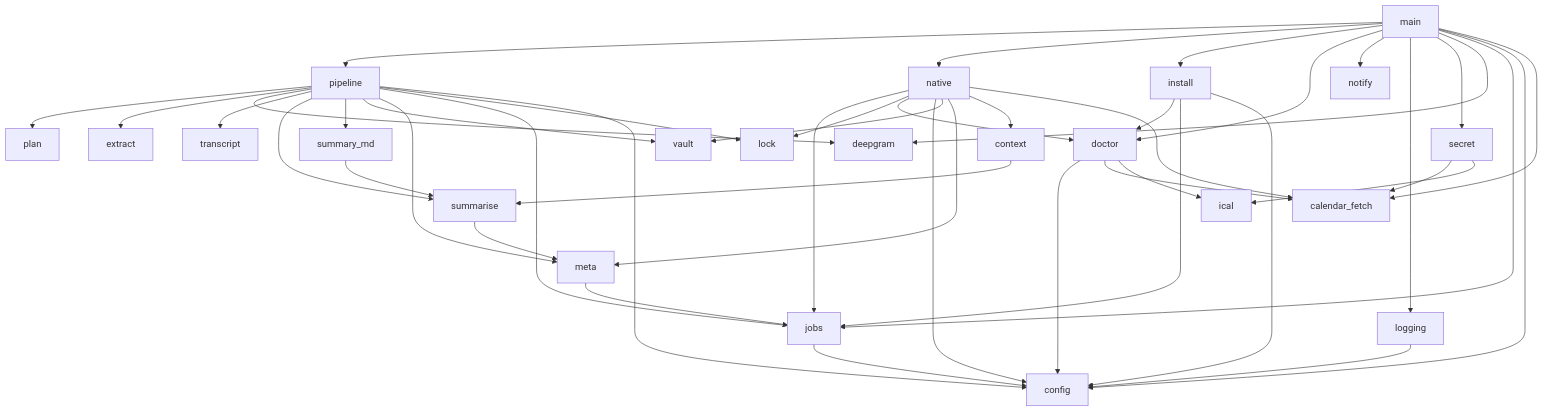
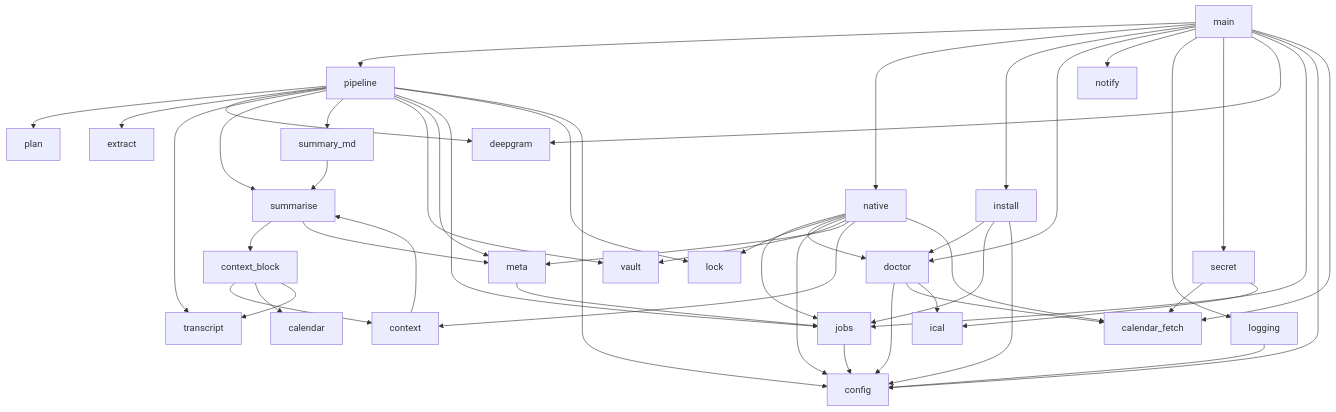
One commit to masnun-siam/meeting-manager changed the diagram in docs/tool.md. Above: the diagram before and after it, drawn with Mermaid. The commit also changed other lines of this file and 6 other files, not shown here.

First line of the commit message:
feat(#101): context block and context prompt for Claude

````diff
--- a/docs/tool.md
+++ b/docs/tool.md
@@ -59,15 +60,17 @@
 ```mermaid
 flowchart TD
     main --> pipeline & native & install & doctor & notify & logging & secret & deepgram & jobs & config & calendar_fetch
     pipeline --> plan & extract & deepgram & transcript & summarise & summary_md & vault & meta & jobs & lock & config
     native --> jobs & lock & doctor & config & vault & meta & context & calendar_fetch
     secret --> calendar_fetch & ical
     context --> summarise
+    summarise --> context_block
+    context_block --> context & calendar & transcript
     install --> doctor & jobs & config
     summary_md --> summarise
     summarise --> meta
     meta --> jobs
     jobs --> config
     logging --> config
     doctor --> config & calendar_fetch & ical
 ```
````
